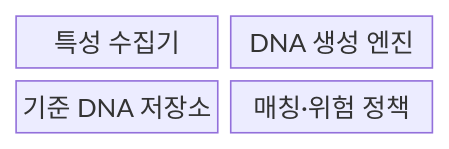
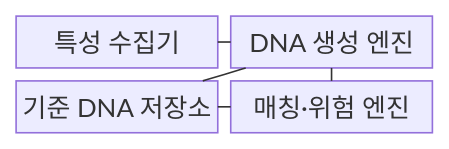
One commit to agnusdei1207/knowledge-base changed the first of 2 diagrams in src/content/docs/notes/02-hardware/071_device_dna.md. Above: the diagram before and after it, drawn with Mermaid. The commit also changed other lines of this file and 20 other files, not shown here.

````diff
--- a/src/content/docs/notes/02-hardware/071_device_dna.md
+++ b/src/content/docs/notes/02-hardware/071_device_dna.md
@@ -61,8 +63,12 @@
 ```mermaid
-block-beta
+block
   columns 2
   A["특성 수집기"]
   B["DNA 생성 엔진"]
   C["기준 DNA 저장소"]
-  D["매칭·위험 정책"]
+  D["매칭·위험 엔진"]
+  A --- B
+  B --- C
+  B --- D
+  C --- D
 ```
````
